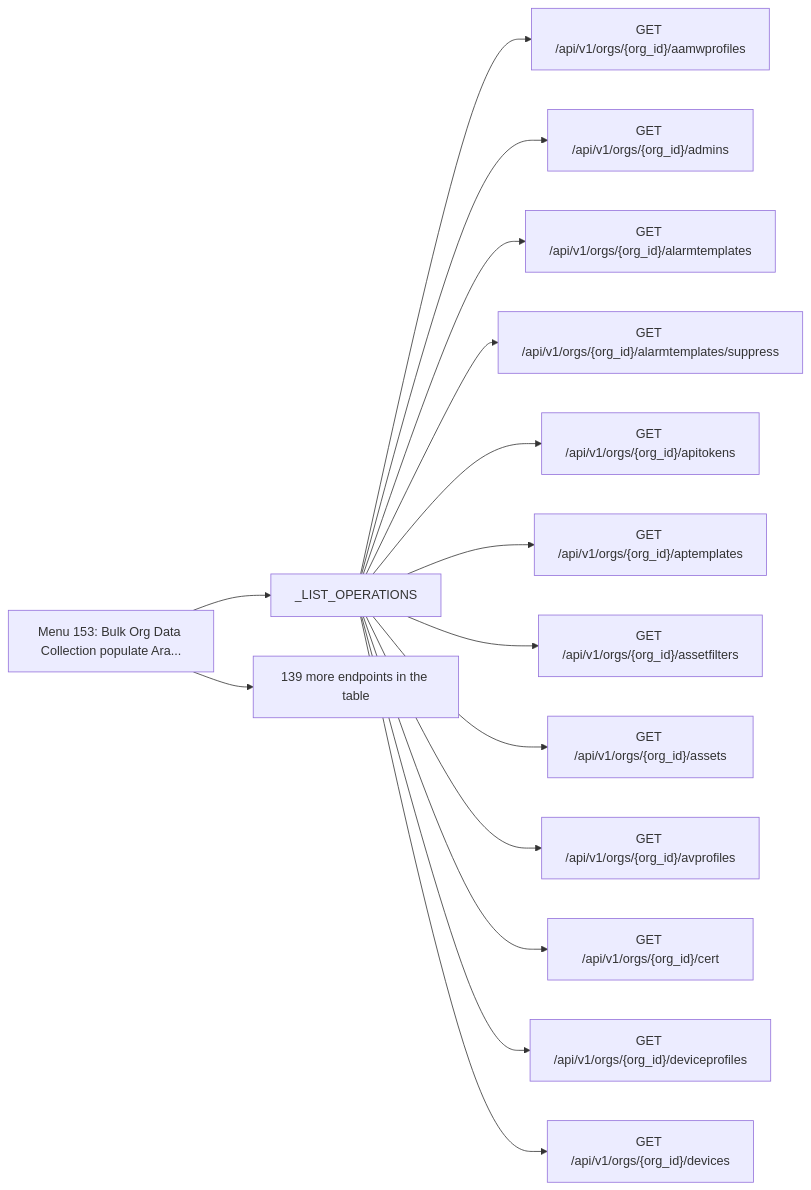
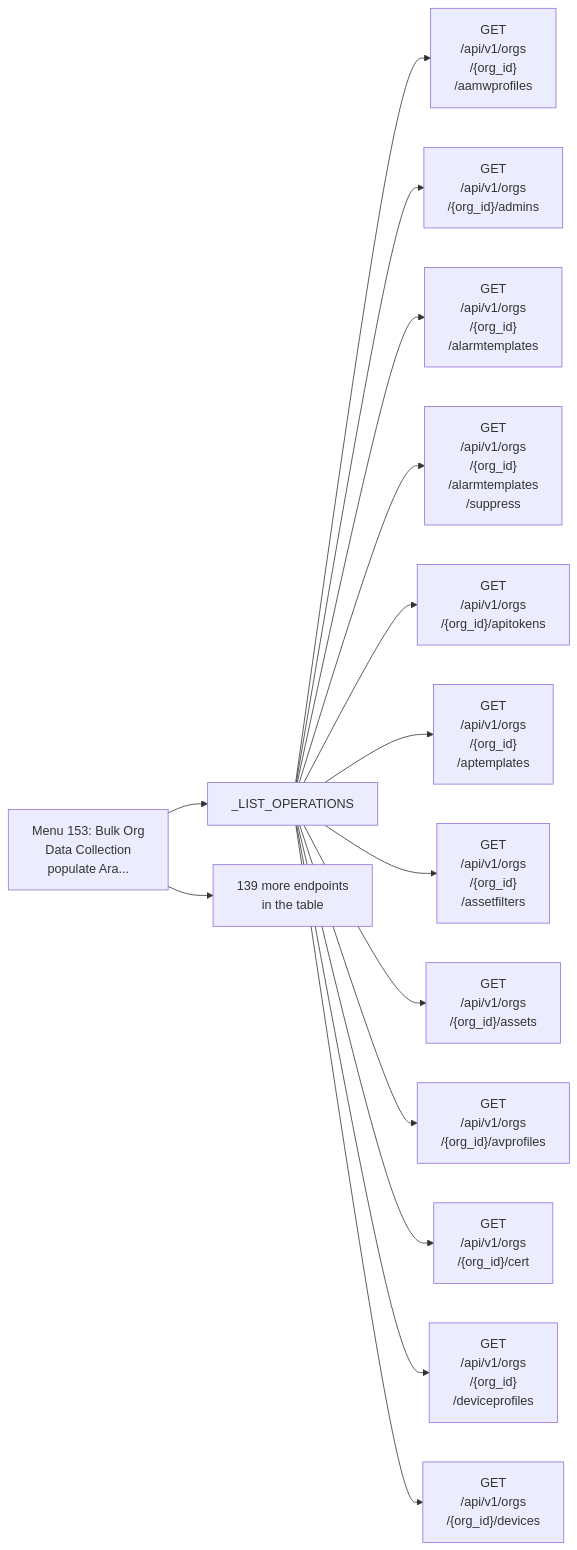
One commit to jmorrison-juniper/MistHelper changed diagram 11 of 11 in documentation/menu-api/resource-intensive.md. Above: the diagram before and after it, drawn with Mermaid. The commit also changed other lines of this file and 19 other files, not shown here.

First line of the commit message:
docs(menu-api): fit the Mermaid diagrams to the wiki column

````diff
--- a/documentation/menu-api/resource-intensive.md
+++ b/documentation/menu-api/resource-intensive.md
@@ -299,18 +257,18 @@
 ```mermaid
 flowchart LR
-    menu["Menu 153: Bulk Org Data Collection populate Ara..."]
+    menu["Menu 153: Bulk Org<br/>Data Collection<br/>populate Ara..."]
     menu --> c1["_LIST_OPERATIONS"]
-    c1 --> e1["GET /api/v1/orgs/{org_id}/aamwprofiles"]
-    c1 --> e2["GET /api/v1/orgs/{org_id}/admins"]
-    c1 --> e3["GET /api/v1/orgs/{org_id}/alarmtemplates"]
-    c1 --> e4["GET /api/v1/orgs/{org_id}/alarmtemplates/suppress"]
-    c1 --> e5["GET /api/v1/orgs/{org_id}/apitokens"]
-    c1 --> e6["GET /api/v1/orgs/{org_id}/aptemplates"]
-    c1 --> e7["GET /api/v1/orgs/{org_id}/assetfilters"]
-    c1 --> e8["GET /api/v1/orgs/{org_id}/assets"]
-    c1 --> e9["GET /api/v1/orgs/{org_id}/avprofiles"]
-    c1 --> e10["GET /api/v1/orgs/{org_id}/cert"]
-    c1 --> e11["GET /api/v1/orgs/{org_id}/deviceprofiles"]
-    c1 --> e12["GET /api/v1/orgs/{org_id}/devices"]
-    menu --> more["139 more endpoints in the table"]
+    c1 --> e1["GET<br/>/api/v1/orgs<br/>/{org_id}<br/>/aamwprofiles"]
+    c1 --> e2["GET<br/>/api/v1/orgs<br/>/{org_id}/admins"]
+    c1 --> e3["GET<br/>/api/v1/orgs<br/>/{org_id}<br/>/alarmtemplates"]
+    c1 --> e4["GET<br/>/api/v1/orgs<br/>/{org_id}<br/>/alarmtemplates<br/>/suppress"]
+    c1 --> e5["GET<br/>/api/v1/orgs<br/>/{org_id}/apitokens"]
+    c1 --> e6["GET<br/>/api/v1/orgs<br/>/{org_id}<br/>/aptemplates"]
+    c1 --> e7["GET<br/>/api/v1/orgs<br/>/{org_id}<br/>/assetfilters"]
+    c1 --> e8["GET<br/>/api/v1/orgs<br/>/{org_id}/assets"]
+    c1 --> e9["GET<br/>/api/v1/orgs<br/>/{org_id}/avprofiles"]
+    c1 --> e10["GET<br/>/api/v1/orgs<br/>/{org_id}/cert"]
+    c1 --> e11["GET<br/>/api/v1/orgs<br/>/{org_id}<br/>/deviceprofiles"]
+    c1 --> e12["GET<br/>/api/v1/orgs<br/>/{org_id}/devices"]
+    menu --> more["139 more endpoints<br/>in the table"]
 ```
````
